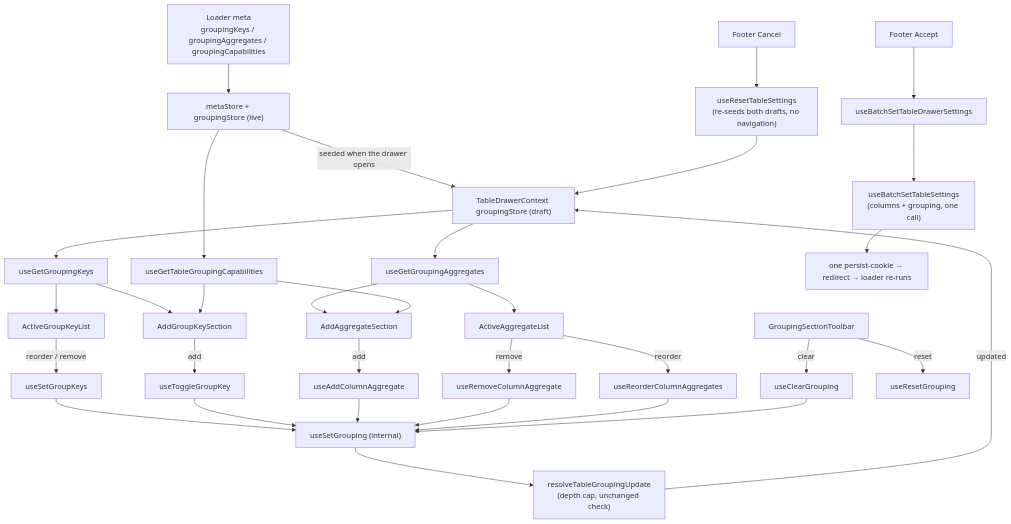
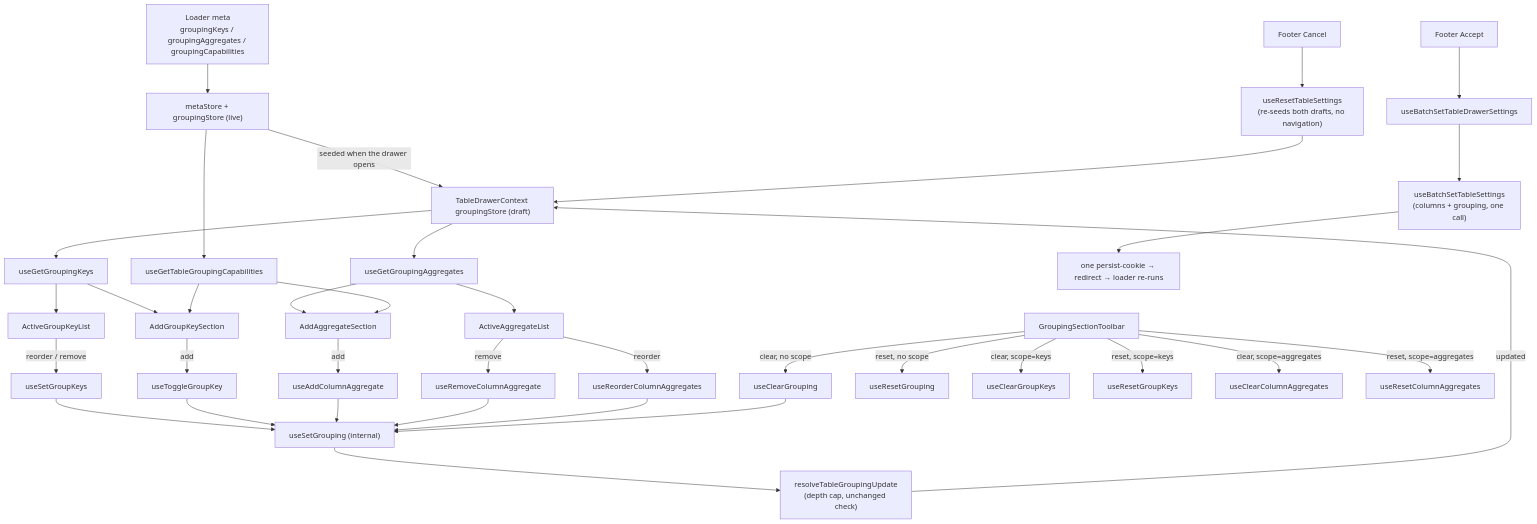
The diagram in packages/ui/src/components/Table/TableSettingsDrawer/GroupingSection/ARCHITECTURE.md (luciocabrera/lcabrera-stack), drawn with Mermaid before and after one commit. The commit also changed other lines of this file and 26 other files, not shown here.

````diff
--- a/packages/ui/src/components/Table/TableSettingsDrawer/GroupingSection/ARCHITECTURE.md
+++ b/packages/ui/src/components/Table/TableSettingsDrawer/GroupingSection/ARCHITECTURE.md
@@ -80,38 +80,42 @@
 ```mermaid
 flowchart TD
   A["Loader meta<br/>groupingKeys / groupingAggregates / groupingCapabilities"] --> B["metaStore + groupingStore (live)"]
   B -->|"seeded when the drawer opens"| B2["TableDrawerContext groupingStore (draft)"]
   B2 --> C["useGetGroupingKeys"]
   B2 --> D["useGetGroupingAggregates"]
   B --> E["useGetTableGroupingCapabilities"]
 
   C --> F["ActiveGroupKeyList"]
   C --> G["AddGroupKeySection"]
   D --> H["ActiveAggregateList"]
   D --> I["AddAggregateSection"]
   E --> I
   E --> G
 
   F -->|reorder / remove| J["useSetGroupKeys"]
   G -->|add| K["useToggleGroupKey"]
   H -->|remove| L2["useRemoveColumnAggregate"]
   H -->|reorder| L3["useReorderColumnAggregates"]
   I -->|add| L["useAddColumnAggregate"]
-  M["GroupingSectionToolbar"] -->|clear| N["useClearGrouping"]
-  M -->|reset| N2["useResetGrouping"]
+  M["GroupingSectionToolbar"] -->|clear, no scope| N["useClearGrouping"]
+  M -->|reset, no scope| N2["useResetGrouping"]
+  M -->|clear, scope=keys| N3["useClearGroupKeys"]
+  M -->|reset, scope=keys| N4["useResetGroupKeys"]
+  M -->|clear, scope=aggregates| N5["useClearColumnAggregates"]
+  M -->|reset, scope=aggregates| N6["useResetColumnAggregates"]
 
   J --> O["useSetGrouping (internal)"]
   K --> O
   L --> O
   L2 --> O
   L3 --> O
   N --> O
   O --> P["resolveTableGroupingUpdate<br/>(depth cap, unchanged check)"]
   P -->|updated| B2
 
   R["Footer Accept"] --> S["useBatchSetTableDrawerSettings"]
   S --> T["useBatchSetTableSettings<br/>(columns + grouping, one call)"]
   T --> U["one persist-cookie → redirect → loader re-runs"]
   V["Footer Cancel"] --> W["useResetTableSettings<br/>(re-seeds both drafts, no navigation)"]
   W --> B2
 ```
````
